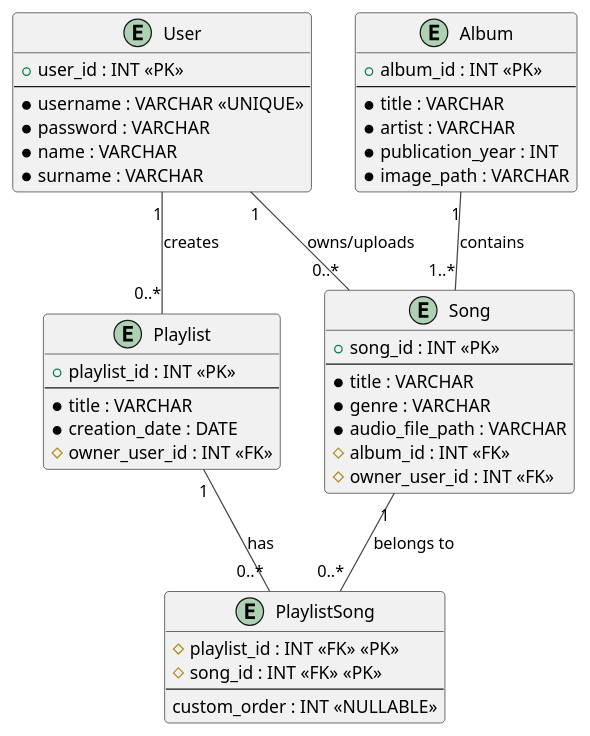
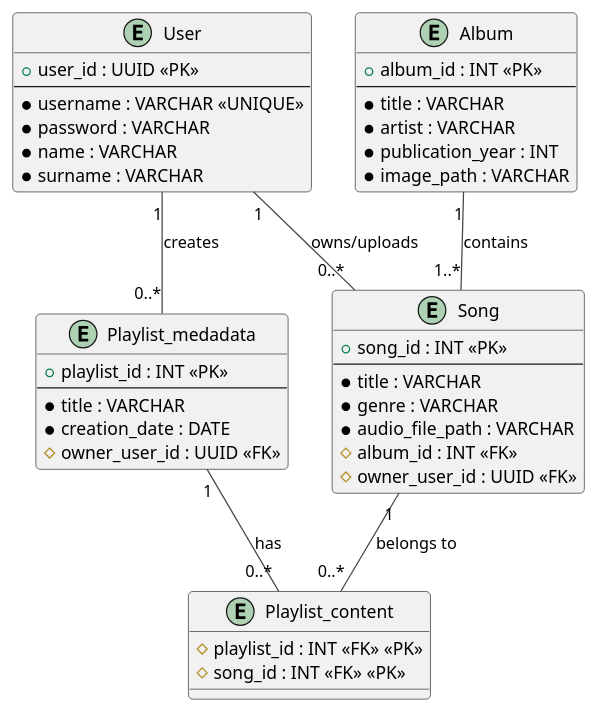
One commit to Janoww/TIW2015-spolify changed the diagram in design/erd.puml. Above: the diagram before and after it, drawn with PlantUML. The commit also changed 1 other file, not shown here.

Commit message:
refactor: Update database schema and ERD
- Rename playlist tables from 'playlist-metadata' and 'playlist-content' to 'playlist_metadata' and 'playlist_content'.
- Remove 'image' column from 'playlist_metadata'.
- Add 'image' column to 'Album'.
- Change User.password type from CHAR to VARCHAR.
- Update ERD to reflect schema changes (table names, UUID for user_id, removed playlist image).

```diff
--- a/design/erd.puml
+++ b/design/erd.puml
@@ -1,54 +1,52 @@
 @startuml ERD
 
 !theme vibrant
 
 entity User {
-  + user_id : INT <<PK>>
+  + user_id : UUID <<PK>>
   --
   * username : VARCHAR <<UNIQUE>>
   * password : VARCHAR
   * name : VARCHAR
   * surname : VARCHAR
 }
 
 entity Album {
   + album_id : INT <<PK>>
   --
   * title : VARCHAR
   * artist : VARCHAR
   * publication_year : INT
   * image_path : VARCHAR
 }
 
 entity Song {
   + song_id : INT <<PK>>
   --
   * title : VARCHAR
   * genre : VARCHAR
   * audio_file_path : VARCHAR
   # album_id : INT <<FK>>
-  # owner_user_id : INT <<FK>>
+  # owner_user_id : UUID <<FK>>
 }
 
-entity Playlist {
+entity Playlist_medadata {
   + playlist_id : INT <<PK>>
   --
   * title : VARCHAR
   * creation_date : DATE
-  # owner_user_id : INT <<FK>>
+  # owner_user_id : UUID <<FK>>
 }
 
-entity PlaylistSong {
+entity Playlist_content {
   # playlist_id : INT <<FK>> <<PK>>
   # song_id : INT <<FK>> <<PK>>
-  --
-  custom_order : INT <<NULLABLE>>
 }
 
 User "1" -- "0..*" Song : owns/uploads
-User "1" -- "0..*" Playlist : creates
+User "1" -- "0..*" Playlist_medadata : creates
 Album "1" -- "1..*" Song : contains
-Playlist "1" -- "0..*" PlaylistSong : has
-Song "1" -- "0..*" PlaylistSong : belongs to
+Playlist_medadata "1" -- "0..*" Playlist_content : has
+Song "1" -- "0..*" Playlist_content : belongs to
 
 @enduml
```
